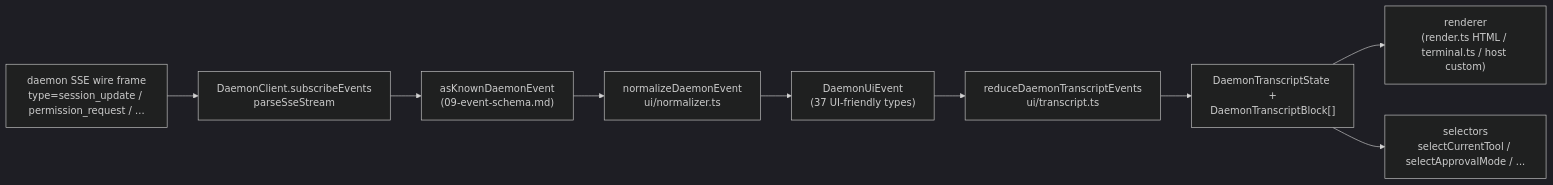
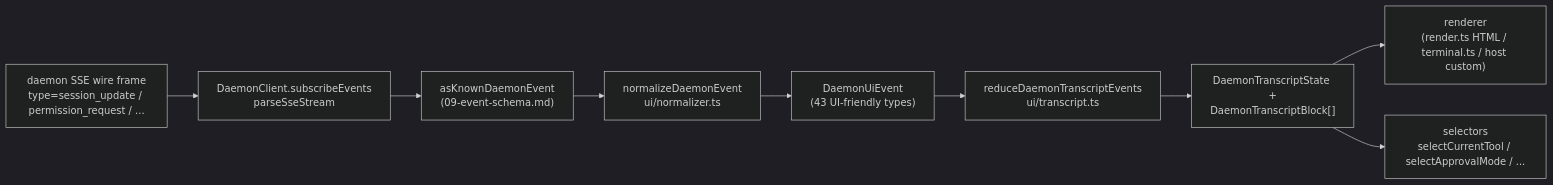
Before and after one commit to QwenLM/qwen-code: the diagram in docs/developers/daemon/14-cli-tui-adapter.md, drawn with Mermaid (dark theme). The commit also changed other lines of this file and 3 other files, not shown here.

Commit message:
docs(daemon): correct UI event counts

````diff
--- a/docs/developers/daemon/14-cli-tui-adapter.md
+++ b/docs/developers/daemon/14-cli-tui-adapter.md
@@ -114,12 +114,12 @@
 ```mermaid
 flowchart LR
     A["daemon SSE wire frame<br/>type=session_update / permission_request / ..."]
     A --> B["DaemonClient.subscribeEvents<br/>parseSseStream"]
     B --> C["asKnownDaemonEvent<br/>(09-event-schema.md)"]
     C --> D["normalizeDaemonEvent<br/>ui/normalizer.ts"]
-    D --> E["DaemonUiEvent<br/>(37 UI-friendly types)"]
+    D --> E["DaemonUiEvent<br/>(43 UI-friendly types)"]
     E --> F["reduceDaemonTranscriptEvents<br/>ui/transcript.ts"]
     F --> G["DaemonTranscriptState +<br/>DaemonTranscriptBlock[]"]
     G --> H["renderer<br/>(render.ts HTML / terminal.ts / host custom)"]
     G --> I["selectors<br/>selectCurrentTool / selectApprovalMode / ..."]
 ```
````
